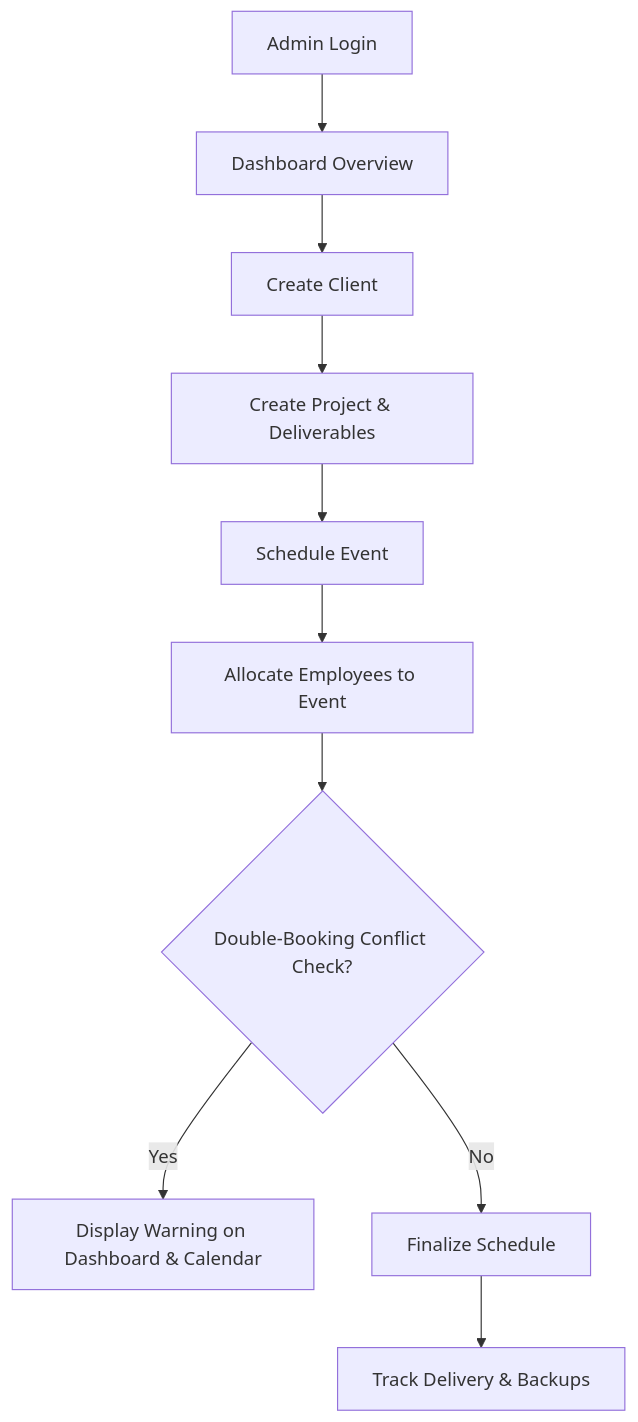
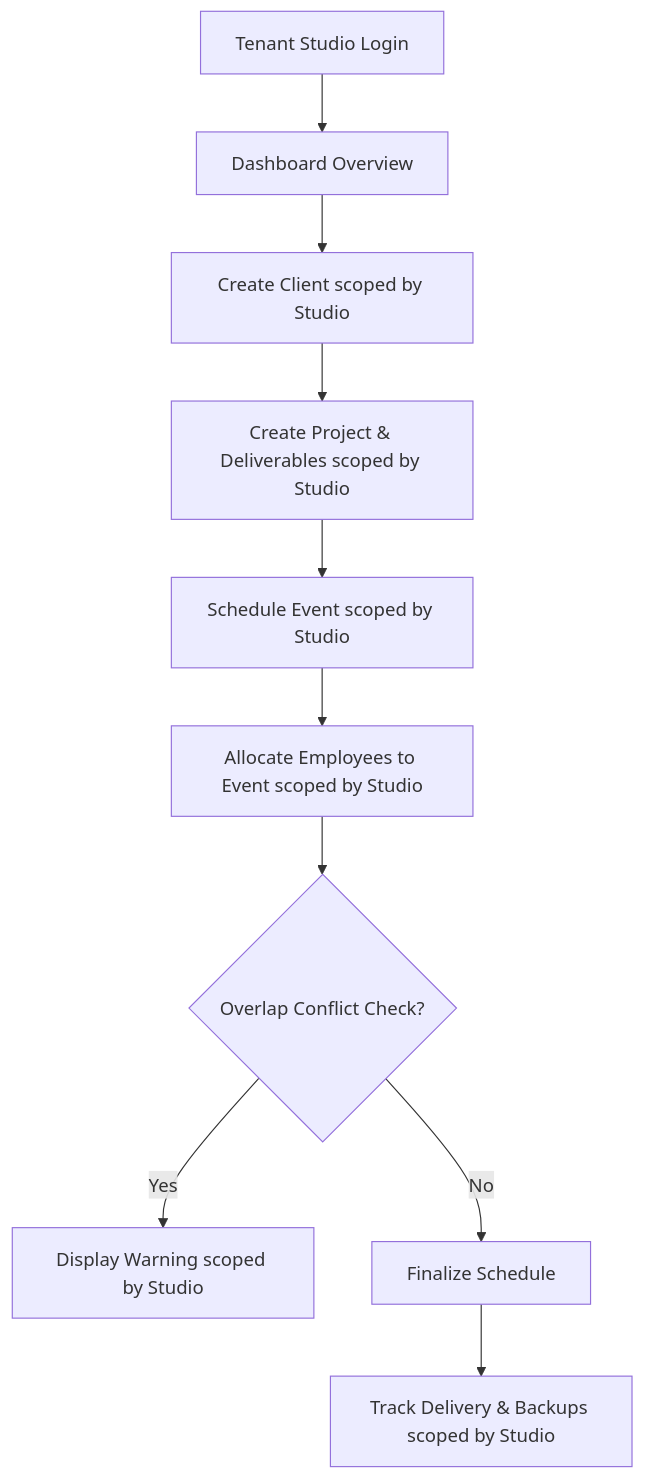
One commit to mfayaazu/studio-ops changed the diagram in docs/product-spec.md. Above: the diagram before and after it, drawn with Mermaid. The commit also changed other lines of this file and 5 other files, not shown here.

Commit message:
docs: define StudioOps as multi-tenant SaaS platform

````diff
--- a/docs/product-spec.md
+++ b/docs/product-spec.md
@@ -44,12 +47,12 @@
 ```mermaid
 graph TD
-    A[Admin Login] --> B[Dashboard Overview]
-    B --> C[Create Client]
-    C --> D[Create Project & Deliverables]
-    D --> E[Schedule Event]
-    E --> F[Allocate Employees to Event]
-    F --> G{Double-Booking Conflict Check?}
-    G -- Yes --> H[Display Warning on Dashboard & Calendar]
+    A[Tenant Studio Login] --> B[Dashboard Overview]
+    B --> C[Create Client scoped by Studio]
+    C --> D[Create Project & Deliverables scoped by Studio]
+    D --> E[Schedule Event scoped by Studio]
+    E --> F[Allocate Employees to Event scoped by Studio]
+    F --> G{Overlap Conflict Check?}
+    G -- Yes --> H[Display Warning scoped by Studio]
     G -- No --> I[Finalize Schedule]
-    I --> J[Track Delivery & Backups]
+    I --> J[Track Delivery & Backups scoped by Studio]
 ```
````
